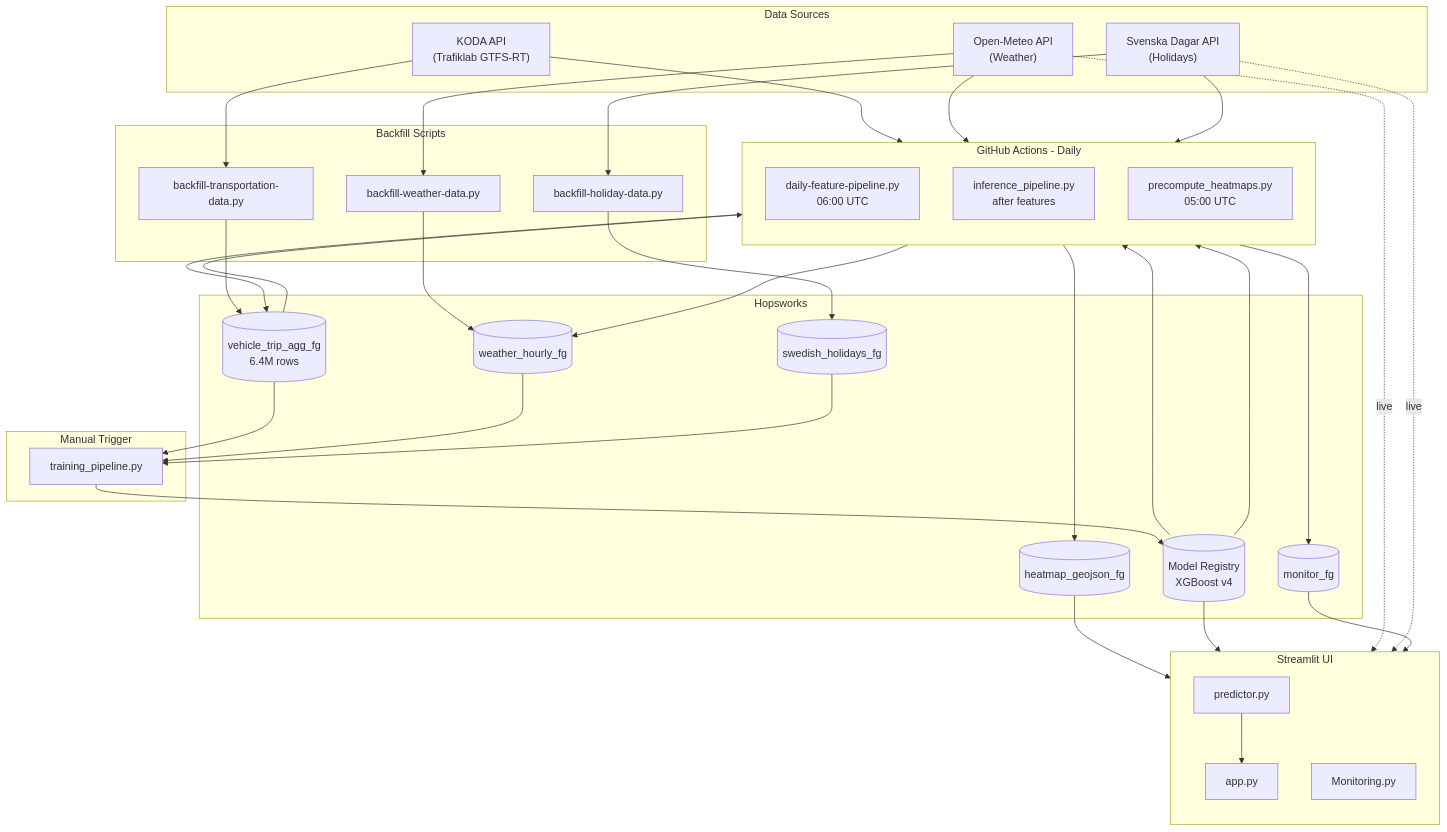
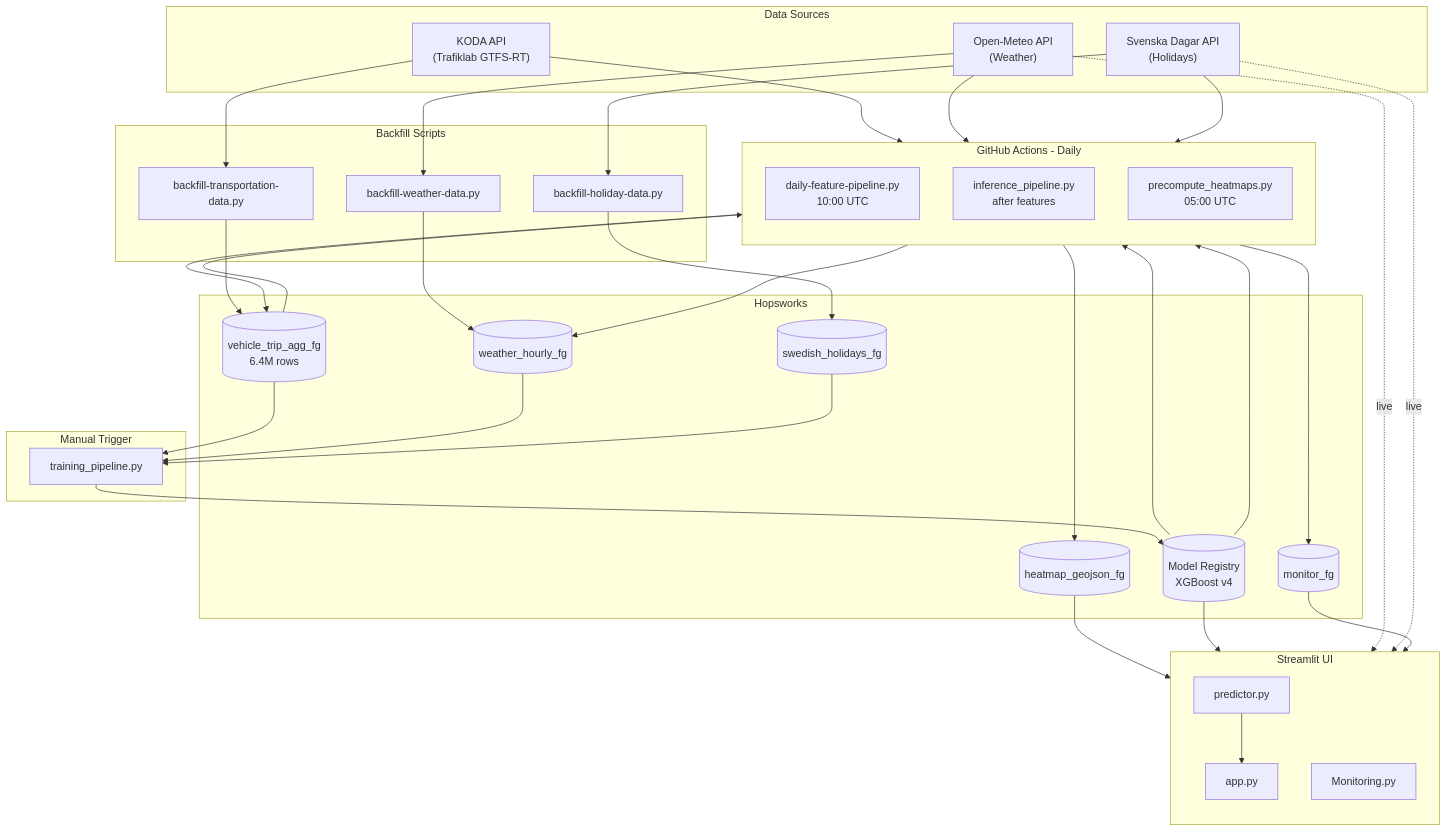
Before and after one commit to Kajlid/HappySardines: the diagram in README.md, drawn with Mermaid. The commit also changed other lines of this file and 1 other file, not shown here.

Commit message:
docs: update workflow timing to reflect reality (06:00 → 10:00 UTC)

````diff
--- a/README.md
+++ b/README.md
@@ -51,81 +51,81 @@
 ```mermaid
 flowchart TB
     subgraph Sources ["Data Sources"]
         KODA["KODA API<br/>(Trafiklab GTFS-RT)"]
         WEATHER["Open-Meteo API<br/>(Weather)"]
         HOLIDAYS["Svenska Dagar API<br/>(Holidays)"]
     end
 
     subgraph Backfill ["Backfill Scripts"]
         BF_TRANS["backfill-transportation-data.py"]
         BF_WEATHER["backfill-weather-data.py"]
         BF_HOLIDAY["backfill-holiday-data.py"]
     end
 
     subgraph Daily ["GitHub Actions - Daily"]
         direction TB
-        FEAT["daily-feature-pipeline.py<br/>06:00 UTC"]
+        FEAT["daily-feature-pipeline.py<br/>10:00 UTC"]
         INF["inference_pipeline.py<br/>after features"]
         HEAT["precompute_heatmaps.py<br/>05:00 UTC"]
     end
 
     subgraph Training ["Manual Trigger"]
         TRAIN["training_pipeline.py"]
     end
 
     subgraph Hopsworks ["Hopsworks"]
         FG_VEHICLE[("vehicle_trip_agg_fg<br/>6.4M rows")]
         FG_WEATHER[("weather_hourly_fg")]
         FG_HOLIDAY[("swedish_holidays_fg")]
         FG_HEAT[("heatmap_geojson_fg")]
         FG_MONITOR[("monitor_fg")]
         MR[("Model Registry<br/>XGBoost v4")]
     end
 
     subgraph UI ["Streamlit UI"]
         direction TB
         APP["app.py"]
         PRED["predictor.py"]
         MON["Monitoring.py"]
     end
 
     %% Data source connections
     KODA --> BF_TRANS
     KODA --> FEAT
     WEATHER --> BF_WEATHER
     WEATHER --> FEAT
     HOLIDAYS --> BF_HOLIDAY
     HOLIDAYS --> FEAT
 
     %% Backfill to Hopsworks
     BF_TRANS --> FG_VEHICLE
     BF_WEATHER --> FG_WEATHER
     BF_HOLIDAY --> FG_HOLIDAY
 
     %% Daily pipeline flows
     FEAT --> FG_VEHICLE
     FEAT --> FG_WEATHER
 
     %% Training flow
     FG_VEHICLE --> TRAIN
     FG_WEATHER --> TRAIN
     FG_HOLIDAY --> TRAIN
     TRAIN --> MR
 
     %% Heatmap flow (batch predictions)
     MR --> HEAT
     HEAT --> FG_HEAT
 
     %% Inference/monitoring flow
     MR --> INF
     FG_VEHICLE --> INF
     INF --> FG_MONITOR
 
     %% UI flows
     FG_HEAT --> APP
     MR --> PRED
     WEATHER -.->|"live"| PRED
     HOLIDAYS -.->|"live"| PRED
     PRED --> APP
     FG_MONITOR --> MON
 ```
````
